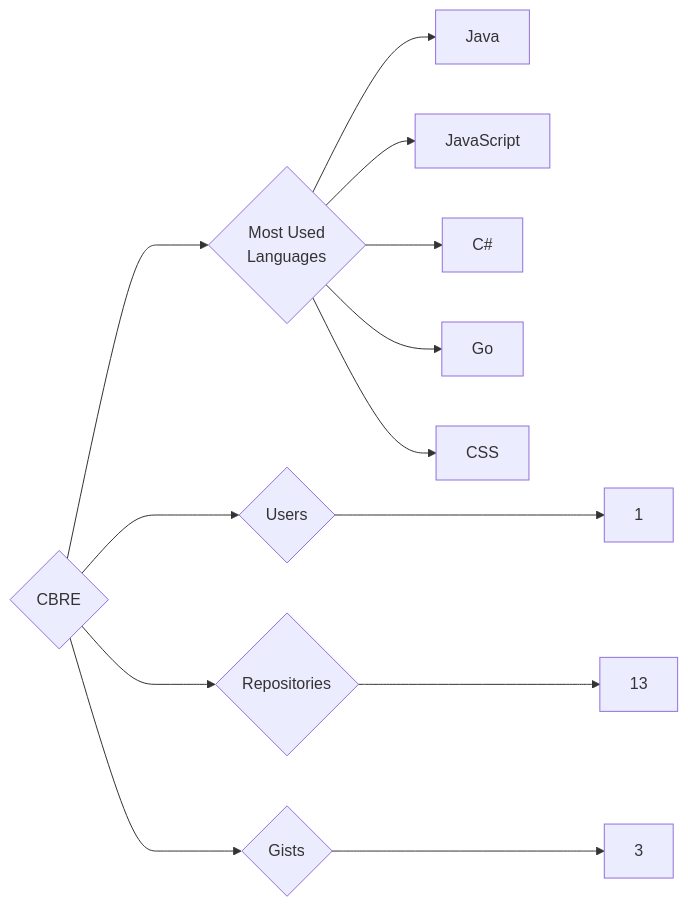
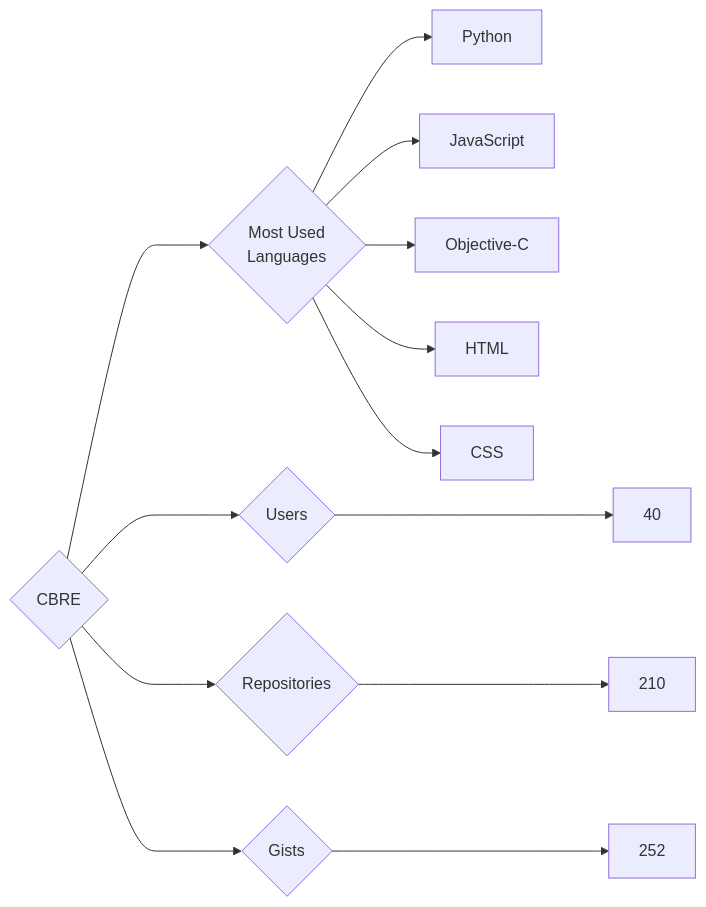
Before and after one commit to trickest/insiders: the diagram in targets/CBRE/README.md, drawn with Mermaid. The commit also changed 749 other files, not shown here.

````diff
--- a/targets/CBRE/README.md
+++ b/targets/CBRE/README.md
@@ -3,13 +3,13 @@
 ```mermaid
 graph LR
 COMPANY_NAME{CBRE}
-COMPANY_NAME ---> U{Users} ---> UN[1]
-COMPANY_NAME ---> R{Repositories} ---> RN[13]
-COMPANY_NAME ---> G{Gists} ---> GN[3]
+COMPANY_NAME ---> U{Users} ---> UN[40]
+COMPANY_NAME ---> R{Repositories} ---> RN[210]
+COMPANY_NAME ---> G{Gists} ---> GN[252]
 COMPANY_NAME ---> ML{Most Used<br>Languages}
-ML --> Java[Java]
+ML --> Python[Python]
 ML --> JavaScript[JavaScript]
-ML --> C#[C#]
-ML --> Go[Go]
+ML --> Objective-C[Objective-C]
+ML --> HTML[HTML]
 ML --> CSS[CSS]
 ```
````
